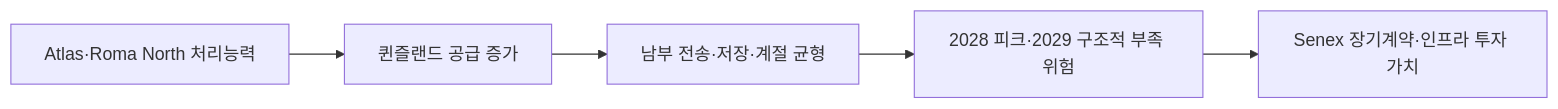
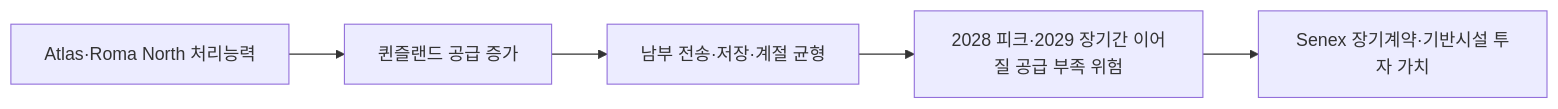
Before and after one commit to arik1988/posco-market-sensing-wiki: the diagram in market-sensing-wiki/signals/SIG-934ECBF9D82E.md, drawn with Mermaid. The commit also changed other lines of this file and 143 other files, not shown here.

````diff
--- a/market-sensing-wiki/signals/SIG-934ECBF9D82E.md
+++ b/market-sensing-wiki/signals/SIG-934ECBF9D82E.md
@@ -68,7 +117,7 @@
 ```mermaid
 flowchart LR
  A[Atlas·Roma North 처리능력] --> B[퀸즐랜드 공급 증가]
  B --> C[남부 전송·저장·계절 균형]
- C --> D[2028 피크·2029 구조적 부족 위험]
- D --> E[Senex 장기계약·인프라 투자 가치]
+ C --> D[2028 피크·2029 장기간 이어질 공급 부족 위험]
+ D --> E[Senex 장기계약·기반시설 투자 가치]
 ```
````
